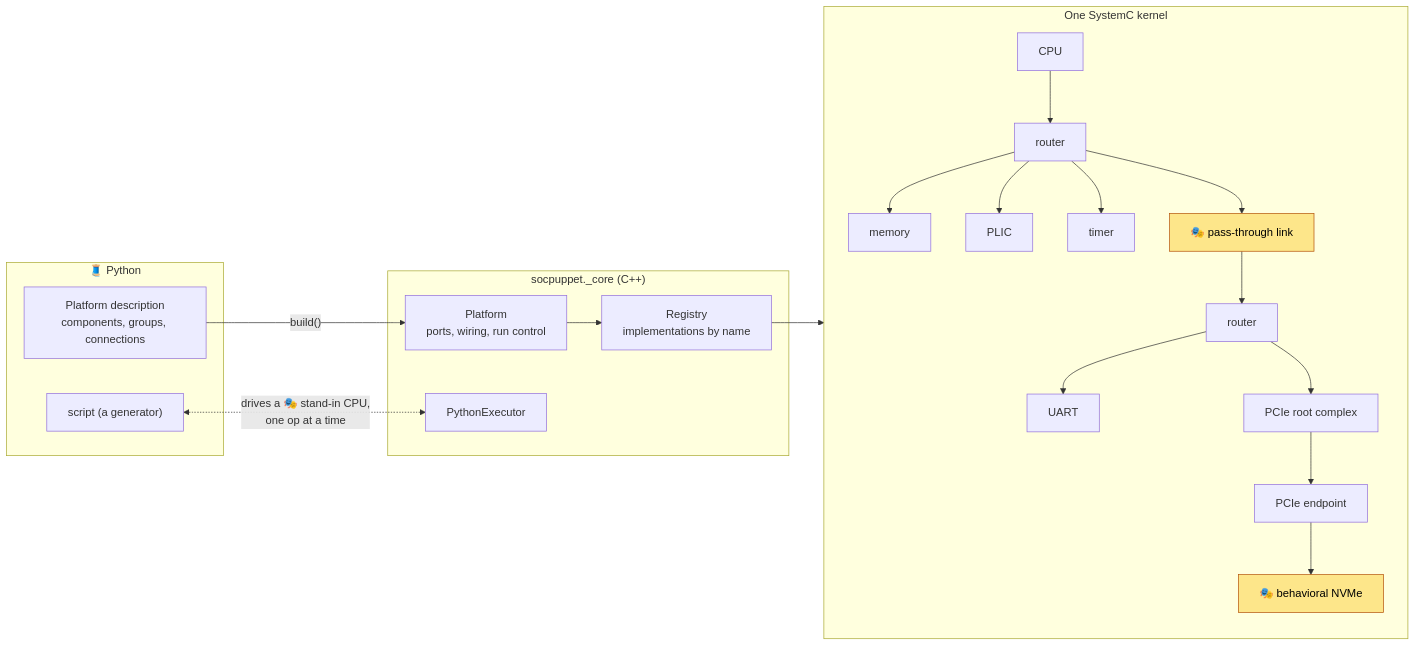
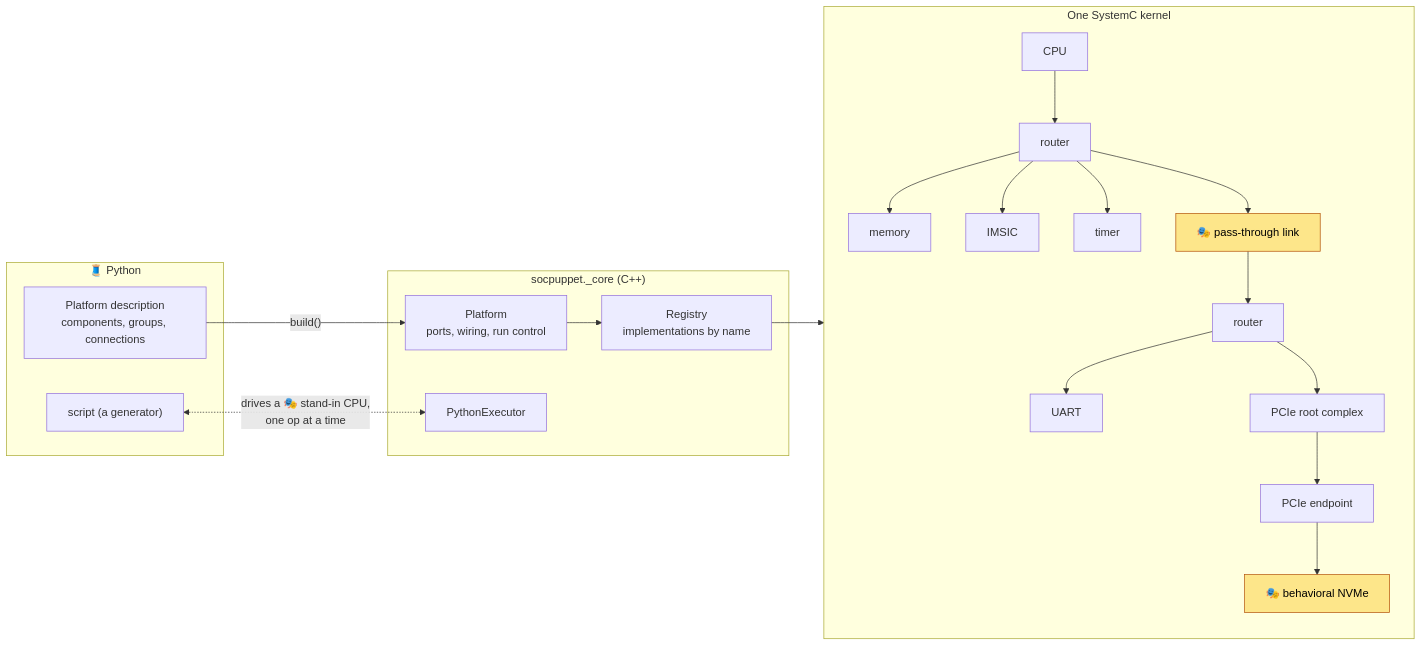
One commit to cphurley82/socpuppet changed the first of 3 diagrams in docs/architecture.md. Above: the diagram before and after it, drawn with Mermaid. The commit also changed other lines of this file and 52 other files, not shown here.

````diff
--- a/docs/architecture.md
+++ b/docs/architecture.md
@@ -9,39 +9,39 @@
 ```mermaid
 flowchart LR
     subgraph py["🧵 Python"]
         desc["Platform description<br/>components, groups, connections"]
         script["script (a generator)"]
     end
     subgraph core["socpuppet._core (C++)"]
         reg["Registry<br/>implementations by name"]
         plat["Platform<br/>ports, wiring, run control"]
         exec["PythonExecutor"]
     end
     subgraph sim["One SystemC kernel"]
         cpu["CPU"]
         bus["router"]
         ram["memory"]
-        plic["PLIC"]
+        imsic["IMSIC"]
         link["🎭 pass-through link"]
         iobus["router"]
         uart["UART"]
         timer["timer"]
         rc["PCIe root complex"]
         ep["PCIe endpoint"]
         nvme["🎭 behavioral NVMe"]
         cpu --> bus
         bus --> ram
-        bus --> plic
+        bus --> imsic
         bus --> timer
         bus --> link --> iobus
         iobus --> uart
         iobus --> rc --> ep --> nvme
     end
     desc -- "build()" --> plat
     plat --> reg
     reg --> sim
     script <-. "drives a 🎭 stand-in CPU,<br/>one op at a time" .-> exec
 
     classDef standin fill:#fde68a,stroke:#b45309,color:#000
     class link,nvme standin
 ```
````
